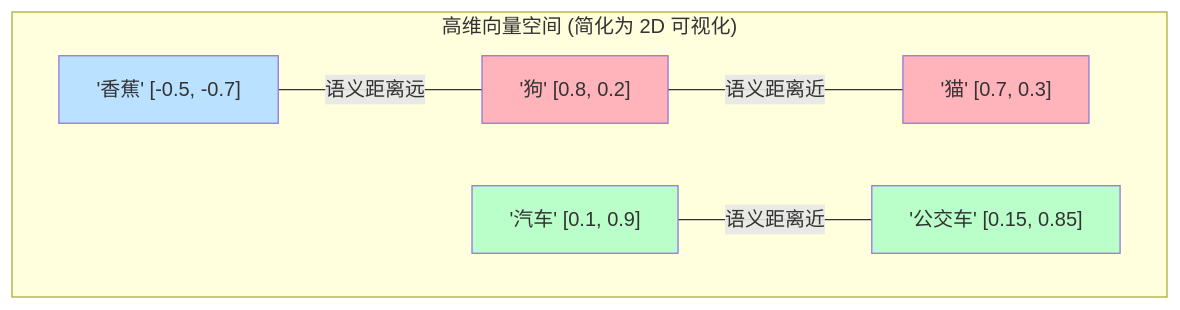
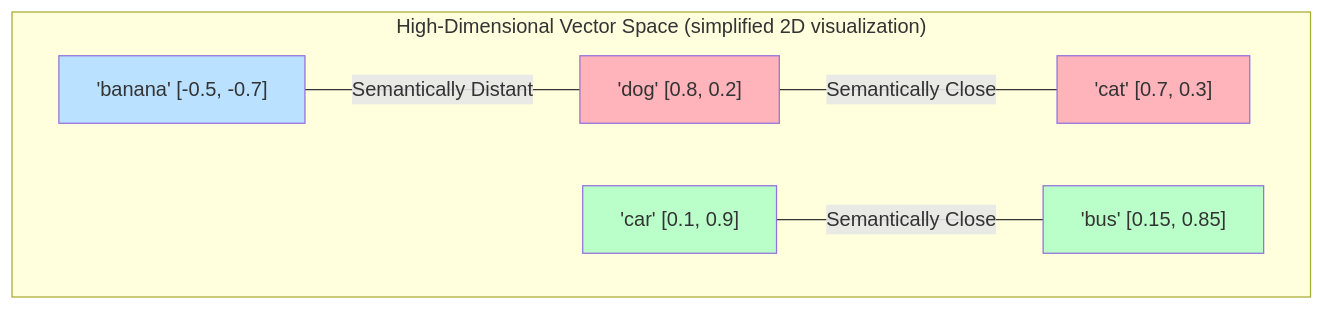
Before and after one commit to YiWang24/AiDIY: the seventh of 15 diagrams in docs/ai/rag/01-introduction.mdx, drawn with Mermaid. The commit also changed other lines of this file and 10 other files, not shown here.

First line of the commit message:
docs: enhance RAG documentation and fix Mermaid diagrams

````diff
--- a/docs/ai/rag/01-introduction.mdx
+++ b/docs/ai/rag/01-introduction.mdx
@@ -414,20 +414,20 @@
 ```mermaid
 graph TB
-    subgraph VectorSpace["高维向量空间 (简化为 2D 可视化)"]
-        A["'狗' [0.8, 0.2]"]
-        B["'猫' [0.7, 0.3]"]
-        C["'汽车' [0.1, 0.9]"]
-        D["'公交车' [0.15, 0.85]"]
-        E["'香蕉' [-0.5, -0.7]"]
+    subgraph VectorSpace["High-Dimensional Vector Space (simplified 2D visualization)"]
+        A["'dog' [0.8, 0.2]"]
+        B["'cat' [0.7, 0.3]"]
+        C["'car' [0.1, 0.9]"]
+        D["'bus' [0.15, 0.85]"]
+        E["'banana' [-0.5, -0.7]"]
 
-        A ---|"语义距离近"| B
-        C ---|"语义距离近"| D
-        E ---|"语义距离远"| A
+        A ---|"Semantically Close"| B
+        C ---|"Semantically Close"| D
+        E ---|"Semantically Distant"| A
     end
 
     style A fill:#ffb3ba
     style B fill:#ffb3ba
     style C fill:#baffc9
     style D fill:#baffc9
     style E fill:#bae1ff
 ```
````
